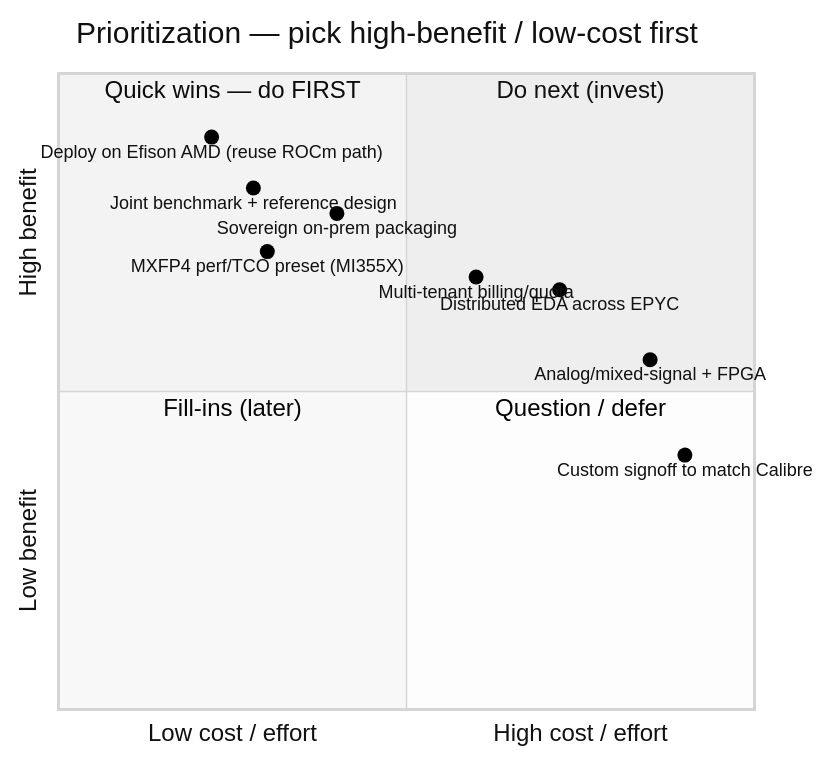
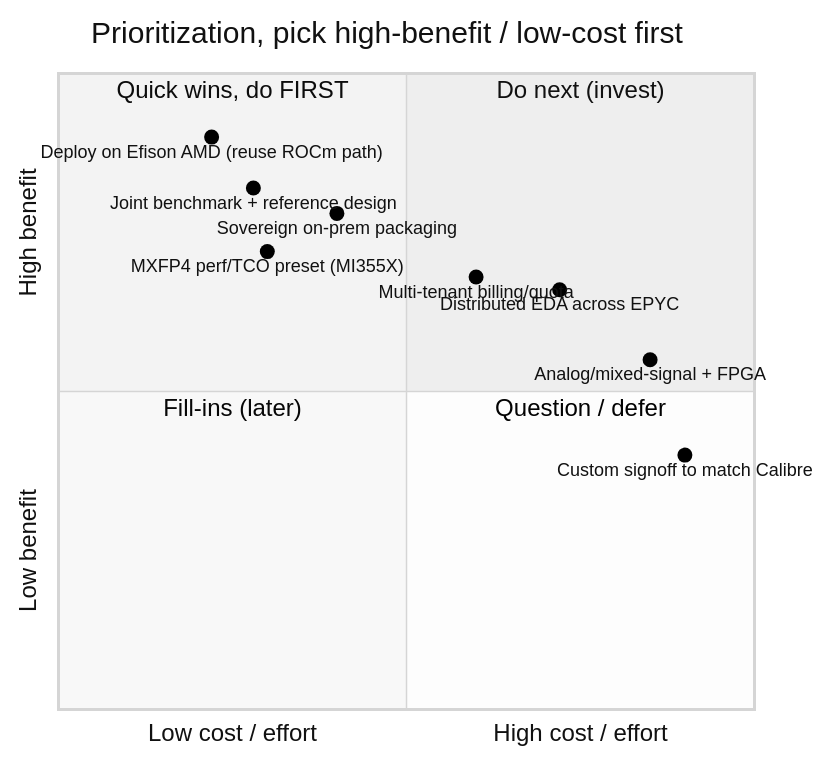
The eighth of 10 diagrams in docs/platform_x_amd_deck.md (radhian/Chip-Orchestra), drawn with Mermaid (neutral theme) before and after one commit. The commit also changed other lines of this file, not shown here.

````diff
--- a/docs/platform_x_amd_deck.md
+++ b/docs/platform_x_amd_deck.md
@@ -308,18 +305,18 @@
 ```mermaid
 quadrantChart
-    title Prioritization — pick high-benefit / low-cost first
+    title Prioritization, pick high-benefit / low-cost first
     x-axis "Low cost / effort" --> "High cost / effort"
     y-axis "Low benefit" --> "High benefit"
     quadrant-1 "Do next (invest)"
-    quadrant-2 "Quick wins — do FIRST"
+    quadrant-2 "Quick wins, do FIRST"
     quadrant-3 "Fill-ins (later)"
     quadrant-4 "Question / defer"
     "Deploy on Efison AMD (reuse ROCm path)": [0.22, 0.90]
     "Joint benchmark + reference design": [0.28, 0.82]
     "MXFP4 perf/TCO preset (MI355X)": [0.30, 0.72]
     "Sovereign on-prem packaging": [0.40, 0.78]
     "Multi-tenant billing/quota": [0.60, 0.68]
     "Distributed EDA across EPYC": [0.72, 0.66]
     "Analog/mixed-signal + FPGA": [0.85, 0.55]
     "Custom signoff to match Calibre": [0.90, 0.40]
 ```
````
